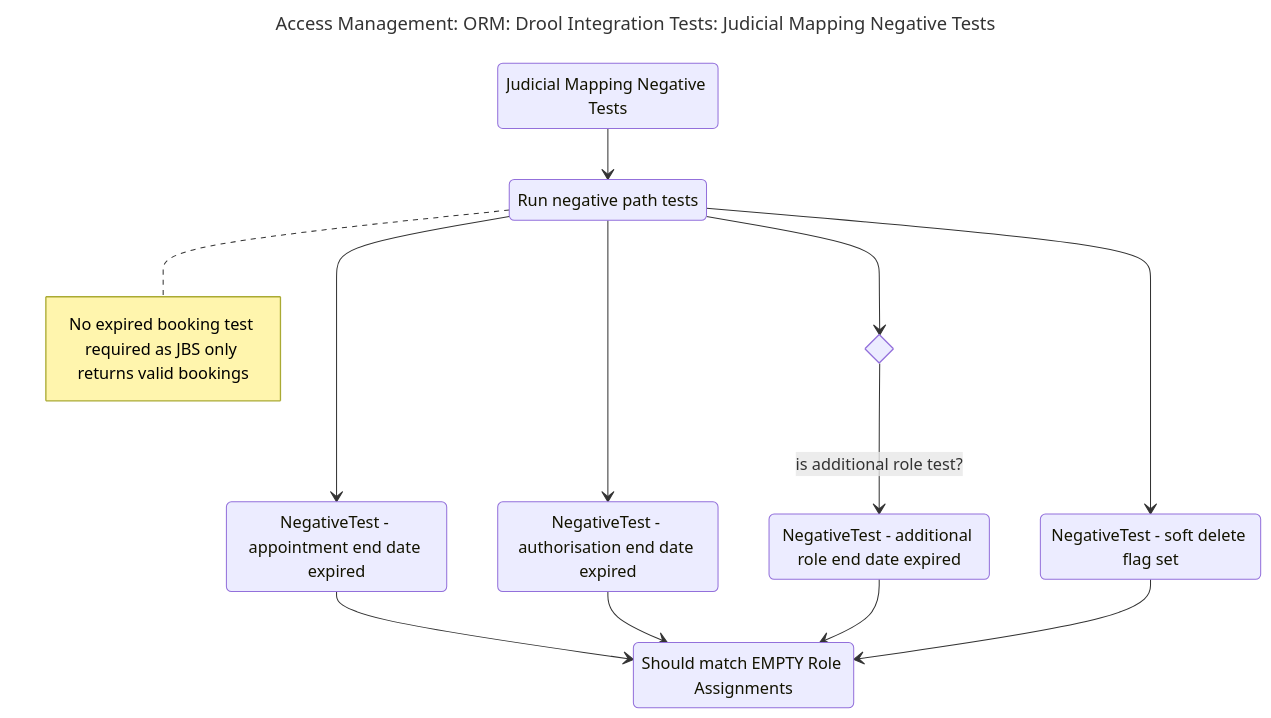
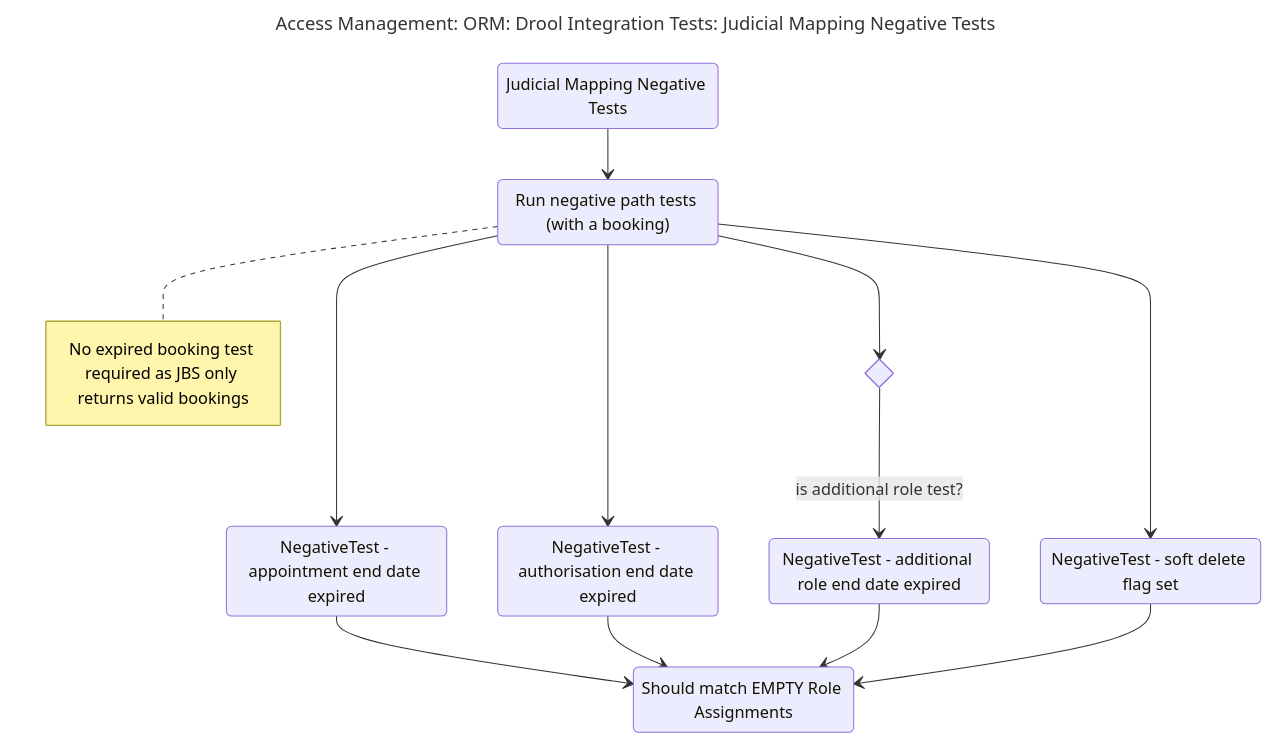
Before and after one commit to hmcts/am-org-role-mapping-service: the third of 3 diagrams in src/integrationTest/resources/DroolTests/README.md, drawn with Mermaid. The commit also changed other lines of this file, not shown here.

````diff
--- a/src/integrationTest/resources/DroolTests/README.md
+++ b/src/integrationTest/resources/DroolTests/README.md
@@ -108,39 +107,39 @@
 ```mermaid
 ---
 title: "Access Management: ORM: Drool Integration Tests: Judicial Mapping Negative Tests"
 ---
 stateDiagram-v2
 
     MappingTests ::: test : Judicial Mapping Negative Tests
 
-    RunNegativePaths ::: testRun : Run negative path tests
+    RunNegativePaths ::: testRun : Run negative path tests (with a booking)
 
     NegativeTest1 ::: scenario : NegativeTest - appointment end date expired
     NegativeTest2 ::: scenario : NegativeTest - authorisation end date expired
     NegativeTest3 ::: scenario : NegativeTest - additional role end date expired
     NegativeTest4 ::: scenario : NegativeTest - soft delete flag set
 
     note right of RunNegativePaths : No expired booking test required as JBS only returns valid bookings
 
     shouldMatchEmptyRoleAssignments ::: result : Should match EMPTY Role Assignments
 
     state is_additional_role_test <<choice>>
 
     MappingTests --> RunNegativePaths
 
     RunNegativePaths --> NegativeTest1
     RunNegativePaths --> NegativeTest2
     RunNegativePaths --> is_additional_role_test
     is_additional_role_test --> NegativeTest3: is additional role test?
     RunNegativePaths --> NegativeTest4
 
     NegativeTest1 --> shouldMatchEmptyRoleAssignments
     NegativeTest2 --> shouldMatchEmptyRoleAssignments
     NegativeTest3 --> shouldMatchEmptyRoleAssignments
     NegativeTest4 --> shouldMatchEmptyRoleAssignments
 
     classDef testRun fill:orange
     classDef test fill:white
     classDef result fill:green,color:white
     classDef scenario fill:navy,color:white
 ```
````
